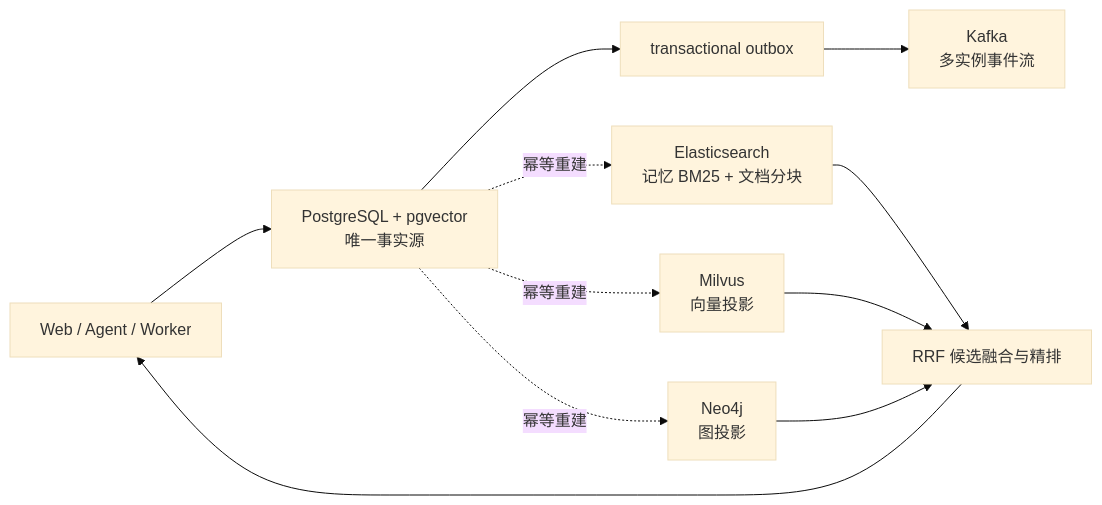
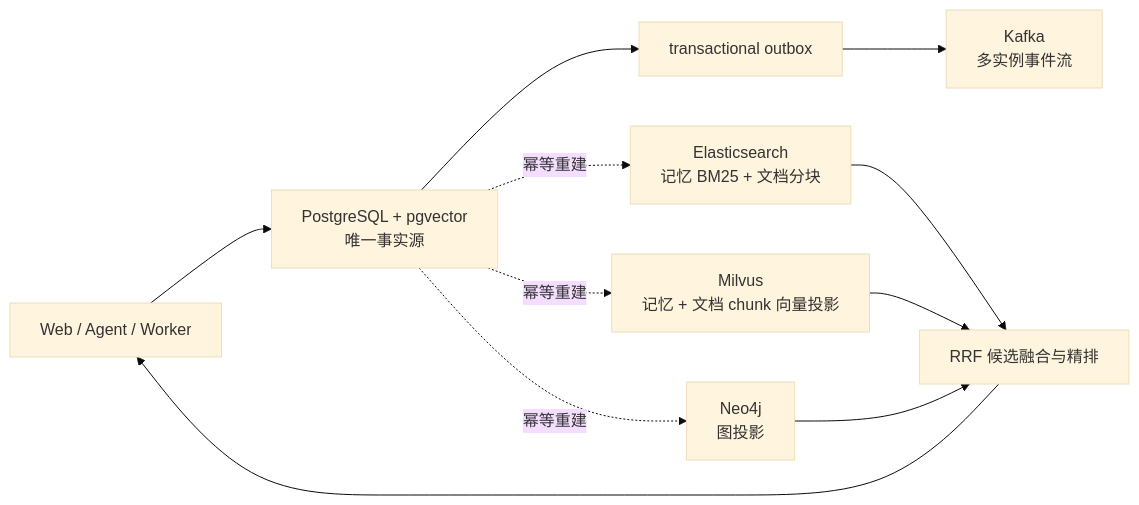
One commit to yukino-520/yukino-agent changed the diagram in docs/STORAGE_ARCHITECTURE.md. Above: the diagram before and after it, drawn with Mermaid (base theme). The commit also changed other lines of this file and 13 other files, not shown here.

````diff
--- a/docs/STORAGE_ARCHITECTURE.md
+++ b/docs/STORAGE_ARCHITECTURE.md
@@ -12,13 +12,13 @@
 ```mermaid
 flowchart LR
     API["Web / Agent / Worker"] --> PG["PostgreSQL + pgvector\n唯一事实源"]
     PG --> OUTBOX["transactional outbox"]
     OUTBOX --> KAFKA["Kafka\n多实例事件流"]
     PG -. "幂等重建" .-> ES["Elasticsearch\n记忆 BM25 + 文档分块"]
-    PG -. "幂等重建" .-> MILVUS["Milvus\n向量投影"]
+    PG -. "幂等重建" .-> MILVUS["Milvus\n记忆 + 文档 chunk 向量投影"]
     PG -. "幂等重建" .-> NEO4J["Neo4j\n图投影"]
     ES --> RRF["RRF 候选融合与精排"]
     MILVUS --> RRF
     NEO4J --> RRF
     RRF --> API
 ```
````
